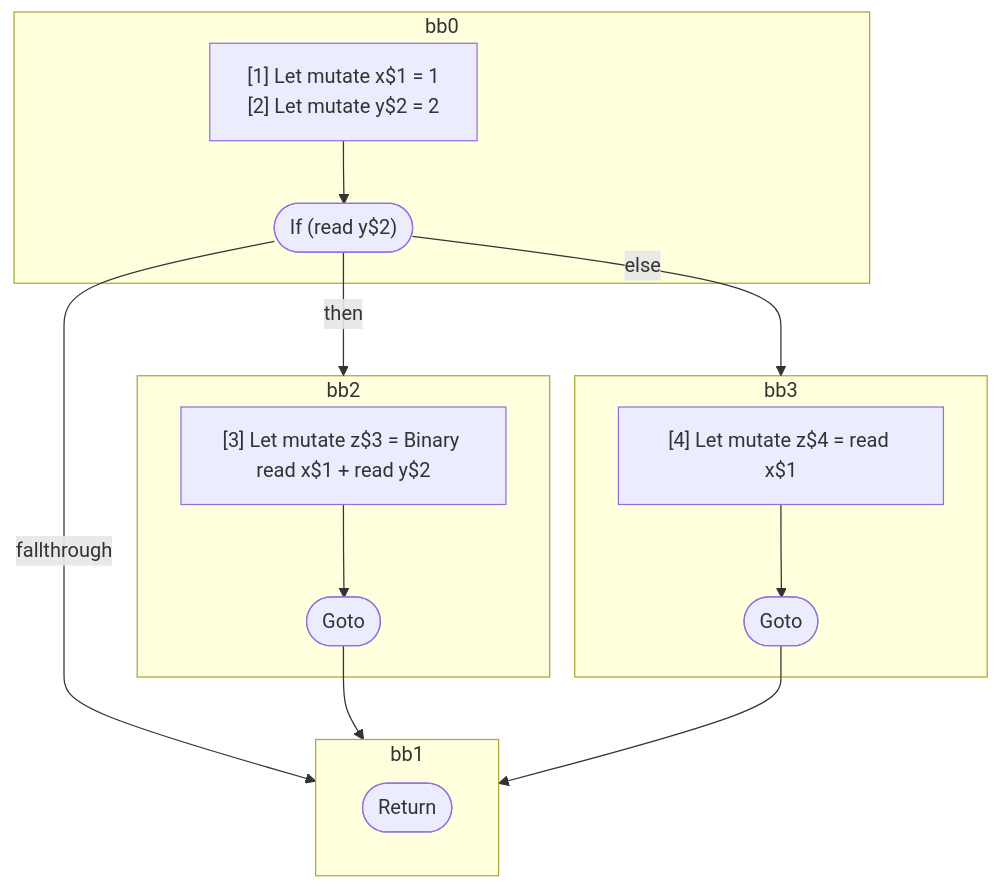
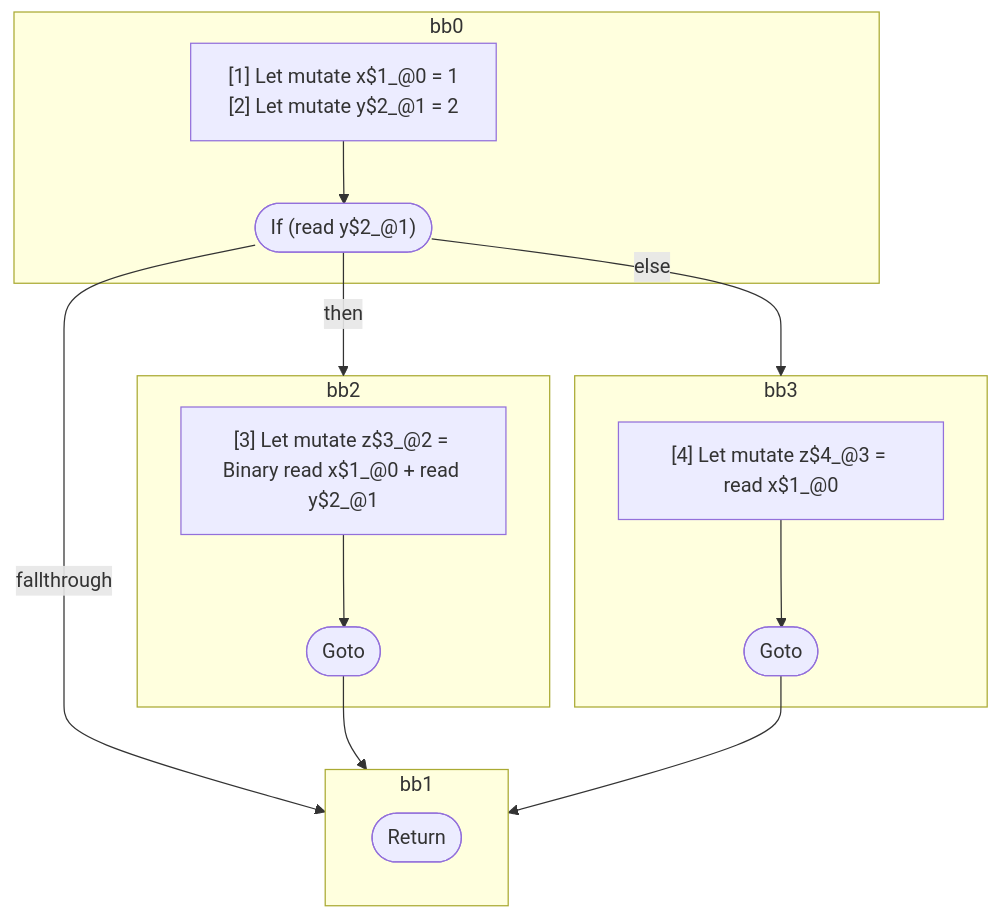
The diagram in compiler/forget/src/__tests__/fixtures/hir/ssa-if-else.expect.md (wutsmog/private), drawn with Mermaid before and after one commit. The commit also changed other lines of this file and 60 other files, not shown here.

````diff
--- a/compiler/forget/src/__tests__/fixtures/hir/ssa-if-else.expect.md
+++ b/compiler/forget/src/__tests__/fixtures/hir/ssa-if-else.expect.md
@@ -40,34 +40,34 @@
 ```mermaid
 flowchart TB
   %% Basic Blocks
   subgraph bb0
     bb0_instrs["
-      [1] Let mutate x$1 = 1
-      [2] Let mutate y$2 = 2
+      [1] Let mutate x$1_@0 = 1
+      [2] Let mutate y$2_@1 = 2
     "]
-    bb0_instrs --> bb0_terminal(["If (read y$2)"])
+    bb0_instrs --> bb0_terminal(["If (read y$2_@1)"])
   end
   subgraph bb2
     bb2_instrs["
-      [3] Let mutate z$3 = Binary read x$1 + read y$2
+      [3] Let mutate z$3_@2 = Binary read x$1_@0 + read y$2_@1
     "]
     bb2_instrs --> bb2_terminal(["Goto"])
   end
   subgraph bb3
     bb3_instrs["
-      [4] Let mutate z$4 = read x$1
+      [4] Let mutate z$4_@3 = read x$1_@0
     "]
     bb3_instrs --> bb3_terminal(["Goto"])
   end
   subgraph bb1
     bb1_terminal(["Return"])
   end
 
   %% Jumps
   bb0_terminal -- then --> bb2
   bb0_terminal -- else --> bb3
   bb0_terminal -- fallthrough --> bb1
   bb2_terminal --> bb1
   bb3_terminal --> bb1
 
 ```
````
